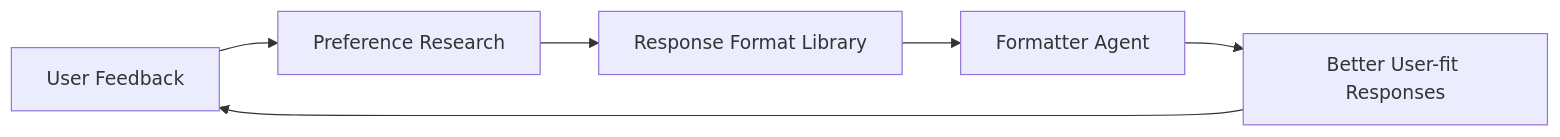
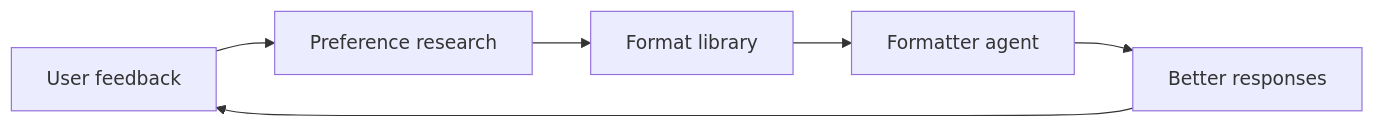
The eighth of 10 diagrams in docs/diagrams.md (Hassaan146/agentic-ai-workflow), drawn with Mermaid before and after one commit. The commit also changed other lines of this file, not shown here.

Commit message:
Make diagrams PDF export friendly

````diff
--- a/docs/diagrams.md
+++ b/docs/diagrams.md
@@ -119,8 +134,8 @@
 ```mermaid
 flowchart LR
-    A["User Feedback"] --> B["Preference Research"]
-    B --> C["Response Format Library"]
-    C --> D["Formatter Agent"]
-    D --> E["Better User-fit Responses"]
+    A["User feedback"] --> B["Preference research"]
+    B --> C["Format library"]
+    C --> D["Formatter agent"]
+    D --> E["Better responses"]
     E --> A
 ```
````
